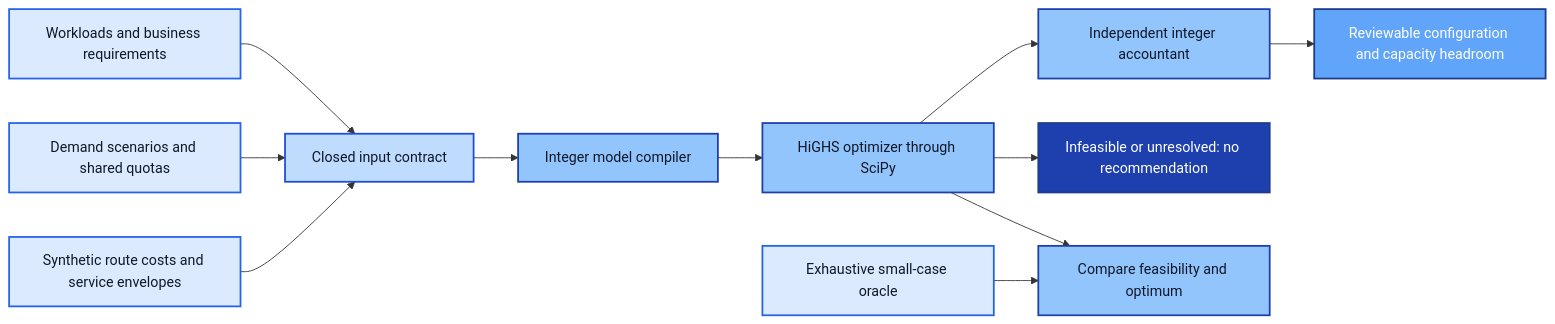
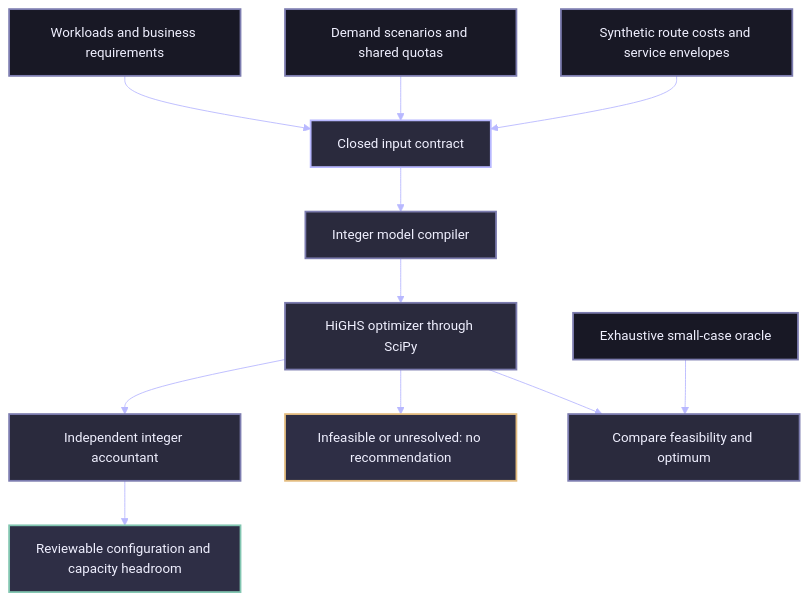
The diagram in README.md (rlbsem/martech-stack-economics), drawn with Mermaid before and after one commit. The commit also changed 2 other files, not shown here.

Commit message:
Apply Groundbreakers engineering diagram palette (#1)
* Apply Groundbreakers visual theme to generated results and architecture

* Improve GitHub diagram readability using vertical flow layout

````diff
--- a/README.md
+++ b/README.md
@@ -31,25 +31,26 @@
 ```mermaid
-flowchart LR
+%%{init: {"theme":"base","themeVariables":{"background":"#10101D","primaryColor":"#2A2A3D","primaryTextColor":"#F0F0FF","primaryBorderColor":"#7C7CAF","lineColor":"#B8B8FF","textColor":"#F0F0FF","secondaryColor":"#181825","tertiaryColor":"#2E2E45","fontFamily":"IBM Plex Sans, Arial, sans-serif","fontSize":"15px","edgeLabelBackground":"#10101D"}}}%%
+flowchart TB
     W[Workloads and business requirements] --> C[Closed input contract]
     S[Demand scenarios and shared quotas] --> C
     P[Synthetic route costs and service envelopes] --> C
     C --> M[Integer model compiler]
     M --> O[HiGHS optimizer through SciPy]
     O --> I[Independent integer accountant]
     I --> R[Reviewable configuration and capacity headroom]
     O --> F[Infeasible or unresolved: no recommendation]
     E[Exhaustive small-case oracle] --> V[Compare feasibility and optimum]
     O --> V
 
-    classDef source fill:#dbeafe,stroke:#2563eb,color:#0f172a,stroke-width:2px;
-    classDef foundation fill:#bfdbfe,stroke:#1d4ed8,color:#0f172a,stroke-width:2px;
-    classDef capability fill:#93c5fd,stroke:#1e40af,color:#0f172a,stroke-width:2px;
-    classDef output fill:#60a5fa,stroke:#1e3a8a,color:#ffffff,stroke-width:2px;
-    classDef alert fill:#1e40af,stroke:#1e3a8a,color:#ffffff,stroke-width:2px;
+    classDef source fill:#181825,stroke:#7C7CAF,color:#F0F0FF,stroke-width:2px;
+    classDef foundation fill:#2A2A3D,stroke:#B8B8FF,color:#F0F0FF,stroke-width:2px;
+    classDef capability fill:#2A2A3D,stroke:#7C7CAF,color:#F0F0FF,stroke-width:2px;
+    classDef output fill:#2E2E45,stroke:#81C5B0,color:#F0F0FF,stroke-width:2px;
+    classDef alert fill:#2E2E45,stroke:#E3BC7F,color:#F0F0FF,stroke-width:2px;
 
     class W,S,P,E source;
     class C foundation;
     class M,O,I,V capability;
     class R output;
     class F alert;
 ```
````
